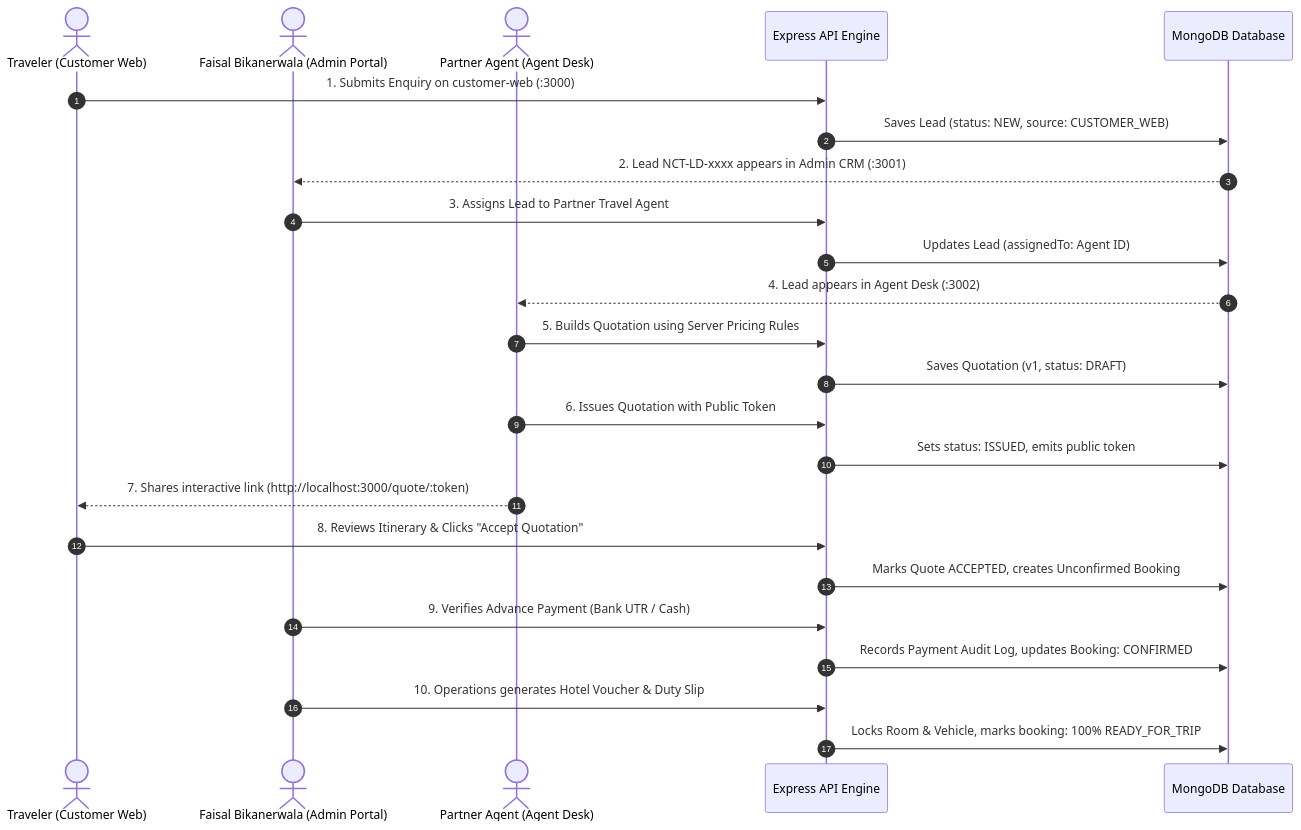
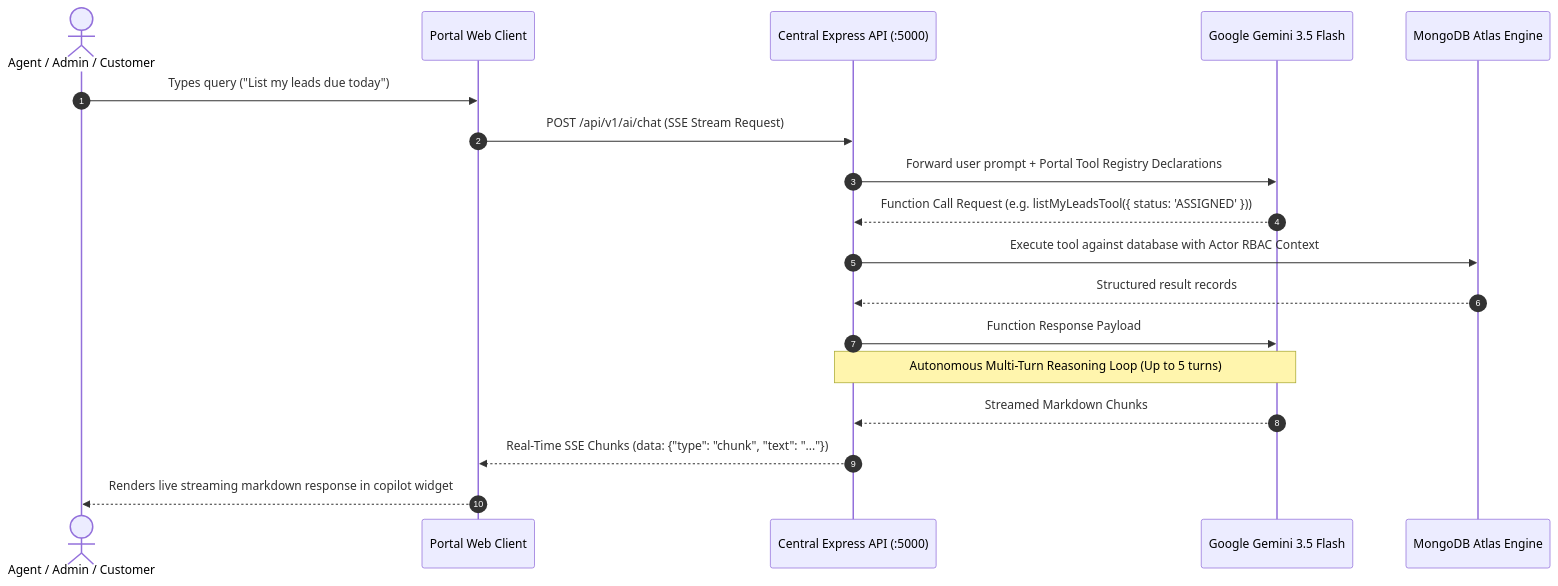
One commit to Mastur4492/New_Chirag_Tours_And_Travels changed the diagram in README.md. Above: the diagram before and after it, drawn with Mermaid. The commit also changed other lines of this file and 5 other files, not shown here.

Commit message:
docs: enrich README with enterprise visual architecture, live deployment badges, and lifecycle schematics

````diff
--- a/README.md
+++ b/README.md
@@ -118,32 +182,21 @@
 ```mermaid
 sequenceDiagram
     autonumber
-    actor Customer as Traveler (Customer Web)
-    actor Admin as Faisal Bikanerwala (Admin Portal)
-    actor Agent as Partner Agent (Agent Desk)
-    participant API as Express API Engine
-    participant DB as MongoDB Database
+    actor User as Agent / Admin / Customer
+    participant UI as Portal Web Client
+    participant API as Central Express API (:5000)
+    participant Gemini as Google Gemini 3.5 Flash
+    participant DB as MongoDB Atlas Engine
 
-    Customer->>API: 1. Submits Enquiry on customer-web (:3000)
-    API->>DB: Saves Lead (status: NEW, source: CUSTOMER_WEB)
-    DB-->>Admin: 2. Lead NCT-LD-xxxx appears in Admin CRM (:3001)
-    
-    Admin->>API: 3. Assigns Lead to Partner Travel Agent
-    API->>DB: Updates Lead (assignedTo: Agent ID)
-    DB-->>Agent: 4. Lead appears in Agent Desk (:3002)
-
-    Agent->>API: 5. Builds Quotation using Server Pricing Rules
-    API->>DB: Saves Quotation (v1, status: DRAFT)
-    Agent->>API: 6. Issues Quotation with Public Token
-    API->>DB: Sets status: ISSUED, emits public token
-    
-    Agent-->>Customer: 7. Shares interactive link (http://localhost:3000/quote/:token)
-    Customer->>API: 8. Reviews Itinerary & Clicks "Accept Quotation"
-    API->>DB: Marks Quote ACCEPTED, creates Unconfirmed Booking
-    
-    Admin->>API: 9. Verifies Advance Payment (Bank UTR / Cash)
-    API->>DB: Records Payment Audit Log, updates Booking: CONFIRMED
-    
-    Admin->>API: 10. Operations generates Hotel Voucher & Duty Slip
-    API->>DB: Locks Room & Vehicle, marks booking: 100% READY_FOR_TRIP
+    User->>UI: Types query ("List my leads due today")
+    UI->>API: POST /api/v1/ai/chat (SSE Stream Request)
+    API->>Gemini: Forward user prompt + Portal Tool Registry Declarations
+    Gemini-->>API: Function Call Request (e.g. listMyLeadsTool({ status: 'ASSIGNED' }))
+    API->>DB: Execute tool against database with Actor RBAC Context
+    DB-->>API: Structured result records
+    API->>Gemini: Function Response Payload
+    Note over Gemini,API: Autonomous Multi-Turn Reasoning Loop (Up to 5 turns)
+    Gemini-->>API: Streamed Markdown Chunks
+    API-->>UI: Real-Time SSE Chunks (data: {"type": "chunk", "text": "..."})
+    UI-->>User: Renders live streaming markdown response in copilot widget
 ```
````
